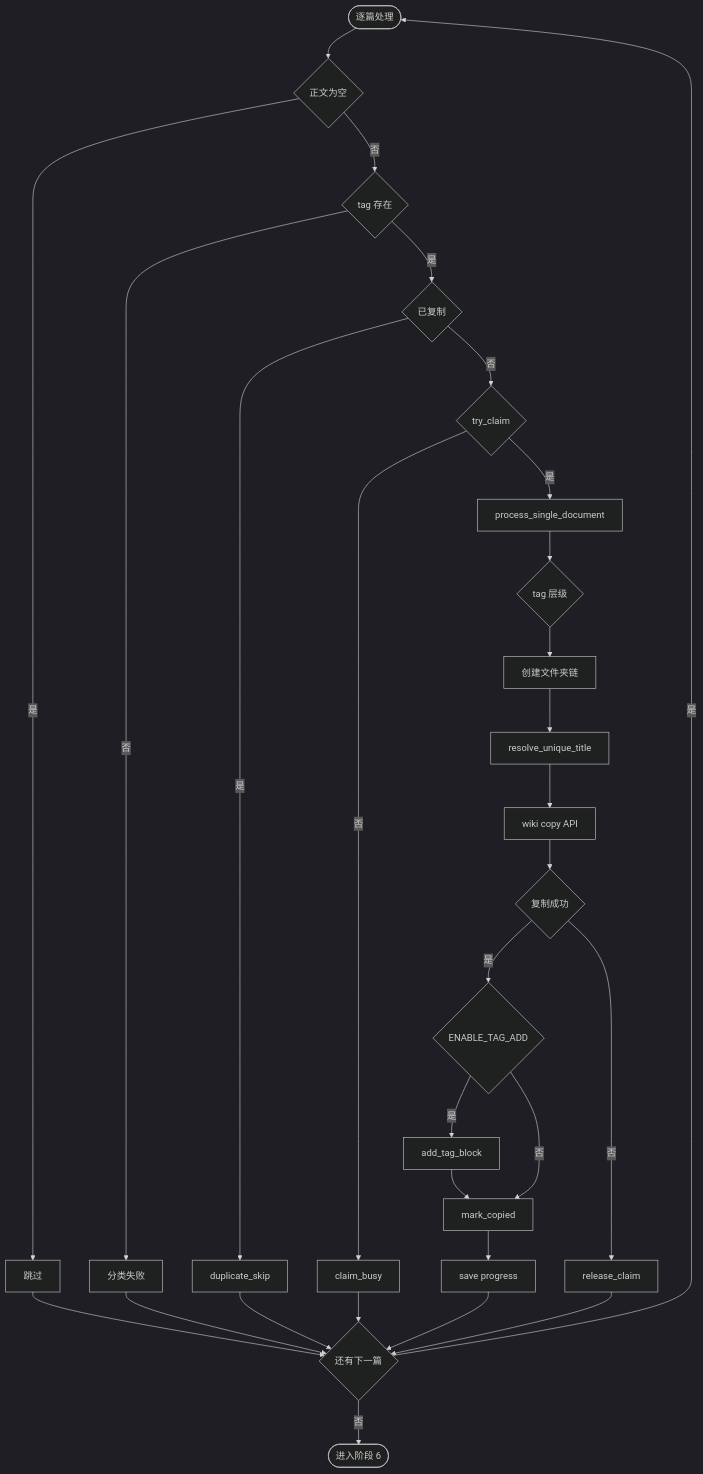
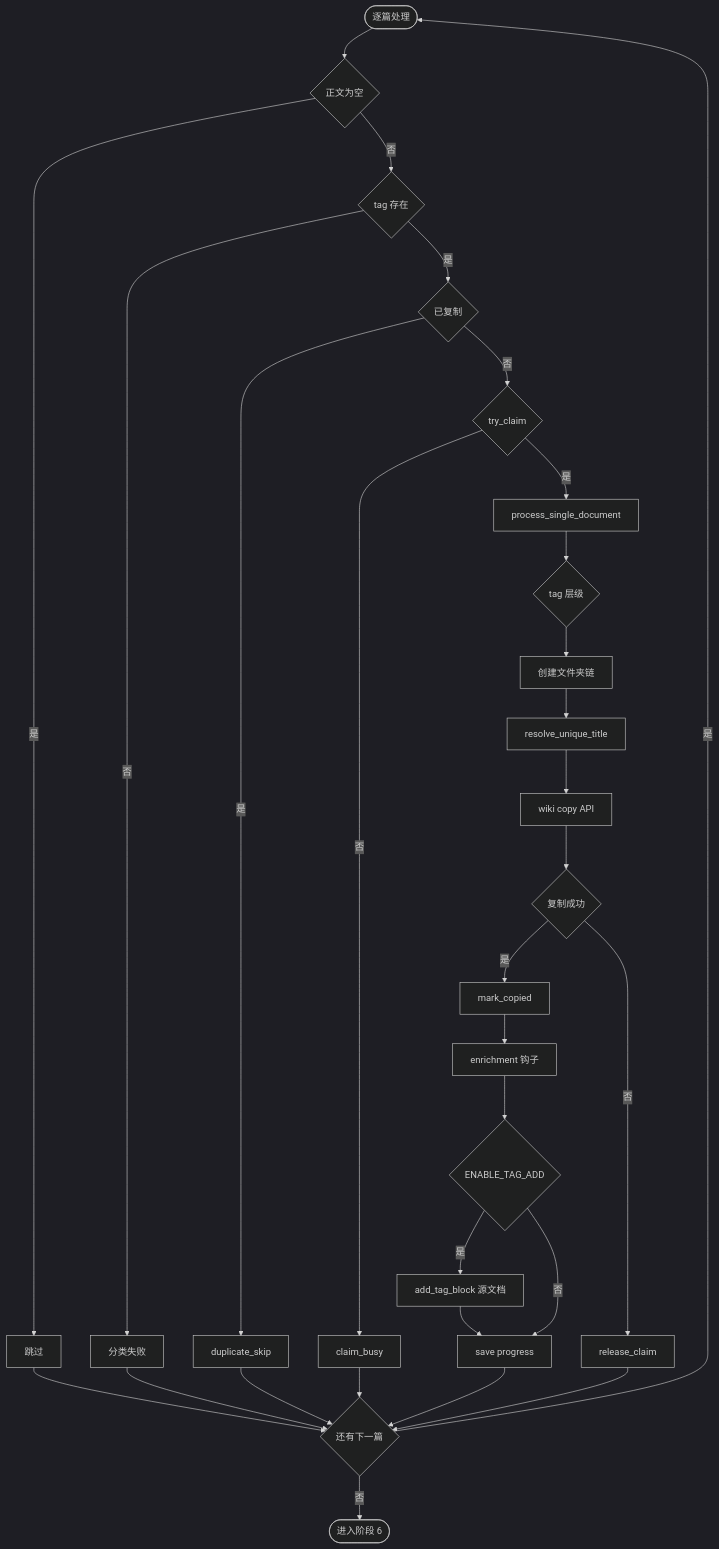
Before and after one commit to Leonard49/AI_DocClassifier: the eighth of 13 diagrams in docs/AI_DocClassifier说明文档.md, drawn with Mermaid (dark theme). The commit also changed other lines of this file and 1 other file, not shown here.

First line of the commit message:
Sync flowcharts and document Core/Tools collaboration end-to-end.

````diff
--- a/docs/AI_DocClassifier说明文档.md
+++ b/docs/AI_DocClassifier说明文档.md
@@ -916,32 +929,33 @@
 ```mermaid
 flowchart TD
     P0([逐篇处理]) --> P1{正文为空}
     P1 -->|是| P1S[跳过]
     P1 -->|否| P2{tag 存在}
     P2 -->|否| P2F[分类失败]
     P2 -->|是| P3{已复制}
     P3 -->|是| P3S[duplicate_skip]
     P3 -->|否| P4{try_claim}
 
     P4 -->|否| P4S[claim_busy]
     P4 -->|是| P5[process_single_document]
     P5 --> P6{tag 层级}
     P6 --> P7[创建文件夹链]
     P7 --> P8[resolve_unique_title]
     P8 --> P9[wiki copy API]
     P9 --> P10{复制成功}
-    P10 -->|是| P11{ENABLE_TAG_ADD}
-    P11 -->|是| P12[add_tag_block]
-    P11 -->|否| P13
-    P12 --> P13[mark_copied]
+    P10 -->|是| P11[mark_copied]
+    P11 --> P12[enrichment 钩子]
+    P12 --> P13{ENABLE_TAG_ADD}
+    P13 -->|是| P14[add_tag_block 源文档]
+    P13 -->|否| P15
+    P14 --> P15[save progress]
     P10 -->|否| P10F[release_claim]
-    P13 --> P14[save progress]
-    P10F --> P15
-    P2F --> P15
-    P1S --> P15
-    P3S --> P15
-    P4S --> P15
-    P14 --> P15{还有下一篇}
-    P15 -->|是| P0
-    P15 -->|否| P19([进入阶段 6])
+    P10F --> P16
+    P2F --> P16
+    P1S --> P16
+    P3S --> P16
+    P4S --> P16
+    P15 --> P16{还有下一篇}
+    P16 -->|是| P0
+    P16 -->|否| P19([进入阶段 6])
 ```
````
